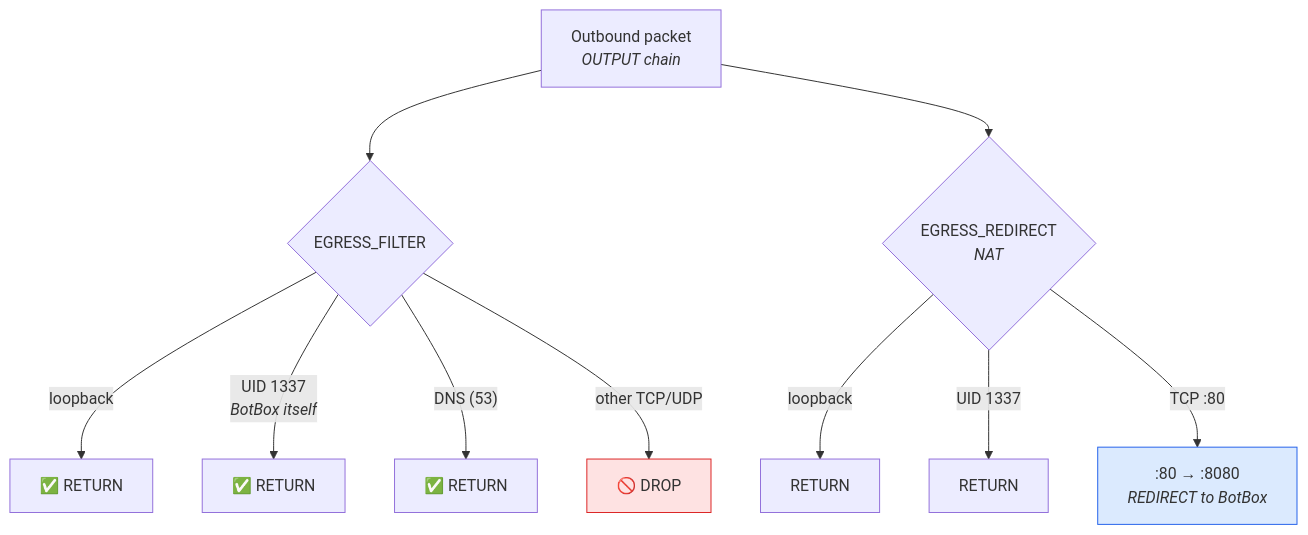
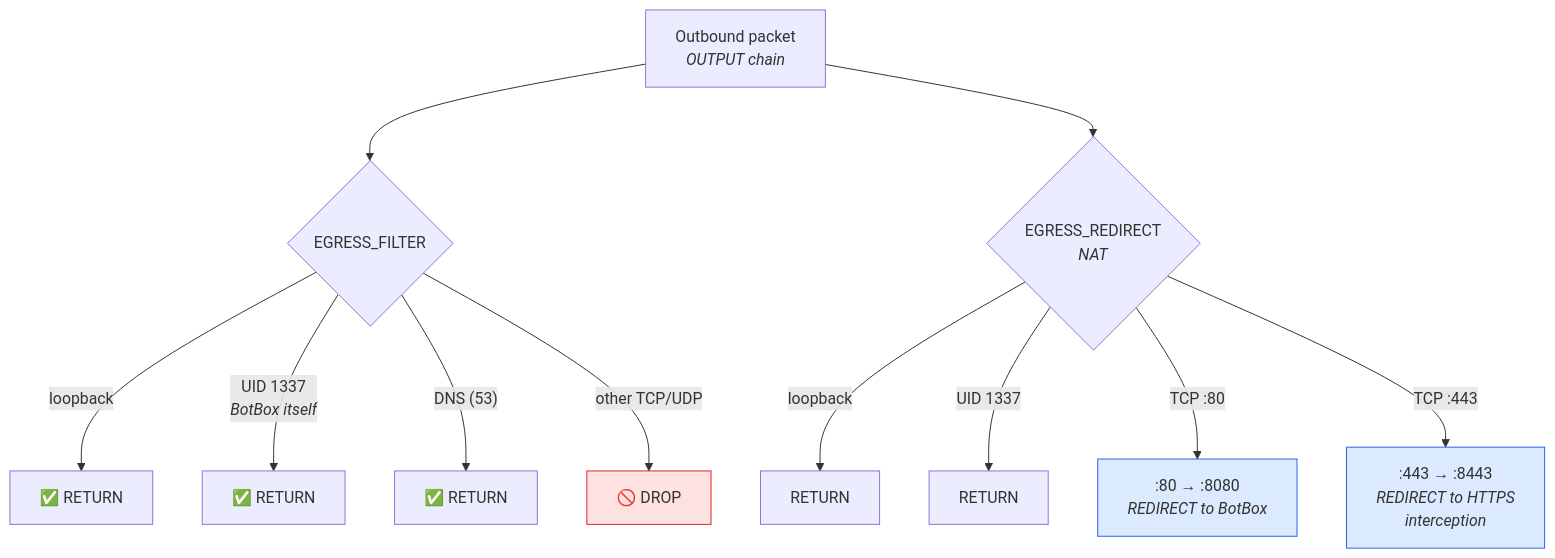
One commit to reoring/botbox changed the third of 3 diagrams in README.md. Above: the diagram before and after it, drawn with Mermaid. The commit also changed other lines of this file and 11 other files, not shown here.

````diff
--- a/README.md
+++ b/README.md
@@ -63,17 +70,19 @@
 ```mermaid
 flowchart TD
     OUT["Outbound packet<br/><i>OUTPUT chain</i>"] --> FIL{"EGRESS_FILTER"}
 
     FIL -- "loopback" --> PASS1["✅ RETURN"]
     FIL -- "UID 1337<br/><i>BotBox itself</i>" --> PASS2["✅ RETURN"]
     FIL -- "DNS (53)" --> PASS3["✅ RETURN"]
     FIL -- "other TCP/UDP" --> DROP["🚫 DROP"]
 
     OUT --> NAT{"EGRESS_REDIRECT<br/><i>NAT</i>"}
     NAT -- "loopback" --> SKIP1["RETURN"]
     NAT -- "UID 1337" --> SKIP2["RETURN"]
     NAT -- "TCP :80" --> REDIR[":80 → :8080<br/><i>REDIRECT to BotBox</i>"]
+    NAT -- "TCP :443" --> REDIR443[":443 → :8443<br/><i>REDIRECT to HTTPS<br/>interception</i>"]
 
     style DROP fill:#fee2e2,stroke:#dc2626
     style REDIR fill:#dbeafe,stroke:#2563eb
+    style REDIR443 fill:#dbeafe,stroke:#2563eb
 ```
````
